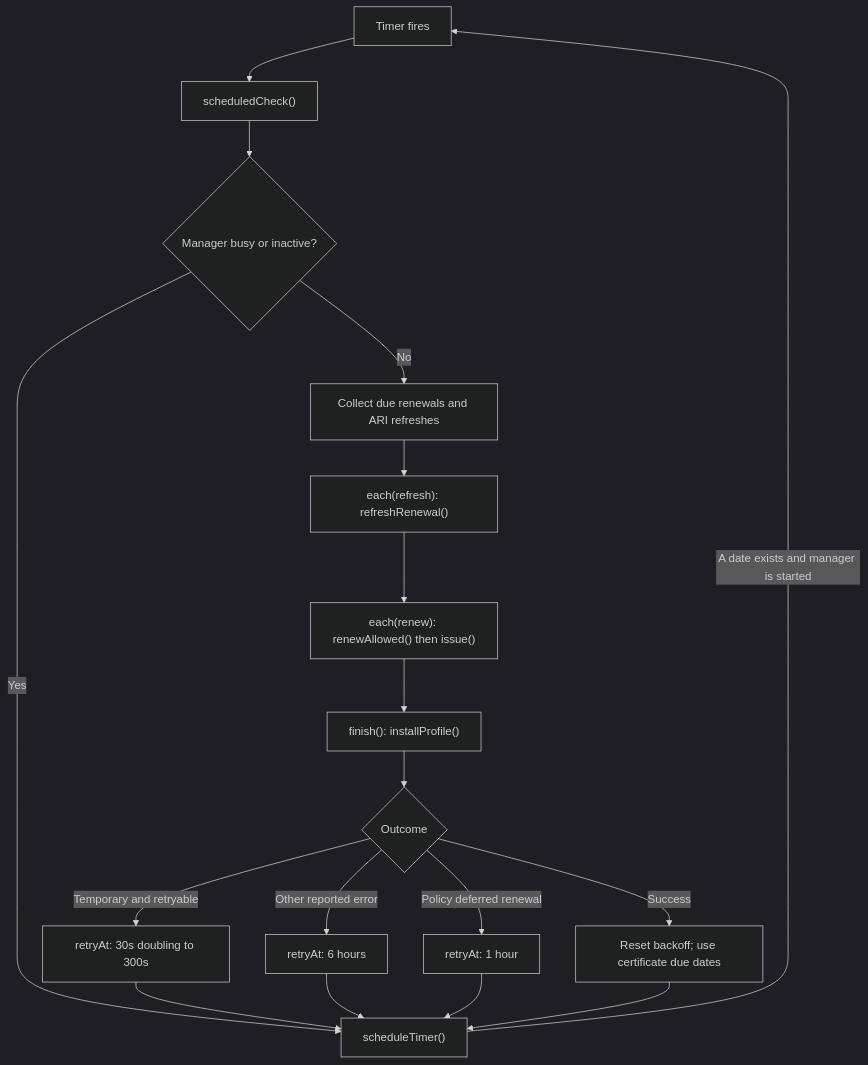
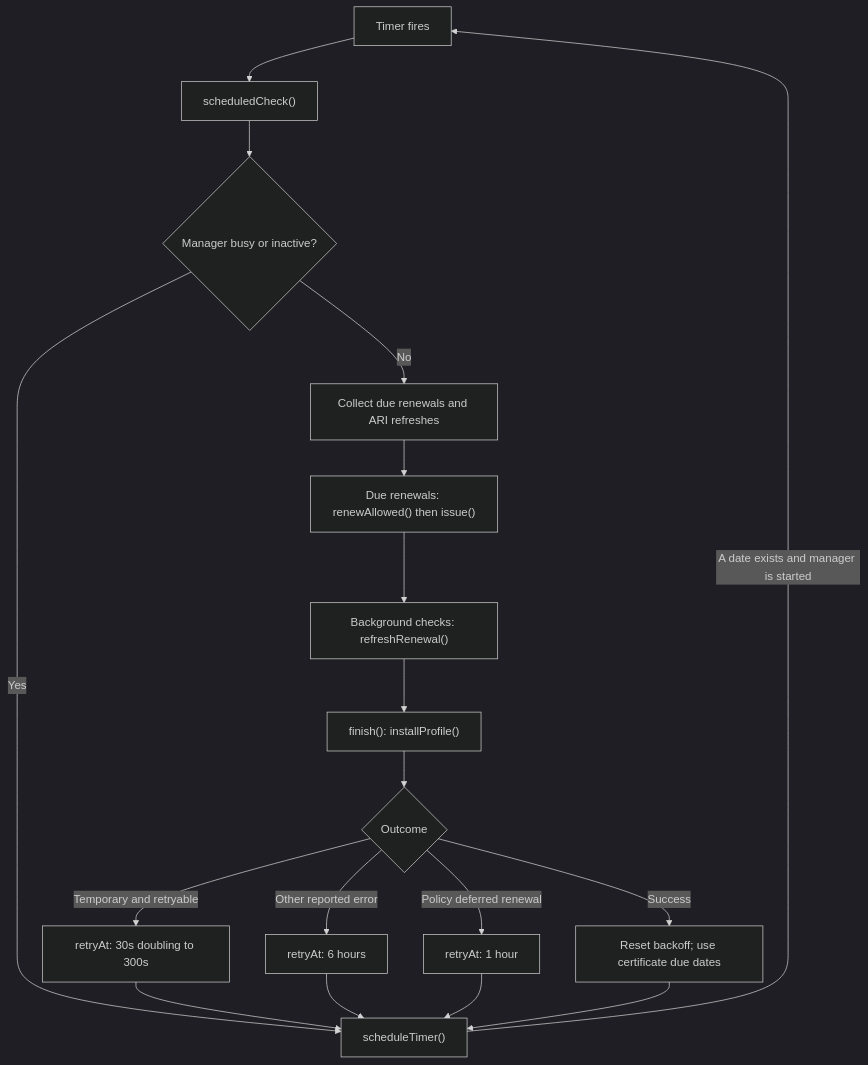
Before and after one commit to RealTimeLogic/BAS-Resources: the fourth of 4 diagrams in doc/acme-client-architecture.md, drawn with Mermaid (dark theme). The commit also changed other lines of this file and 1 other file, not shown here.

````diff
--- a/doc/acme-client-architecture.md
+++ b/doc/acme-client-architecture.md
@@ -164,20 +168,20 @@
 ```mermaid
 flowchart TD
     T["Timer fires"] --> C["scheduledCheck()"]
     C --> B{"Manager busy or inactive?"}
     B -->|Yes| S["scheduleTimer()"]
     B -->|No| D["Collect due renewals and ARI refreshes"]
-    D --> A["each(refresh): refreshRenewal()"]
-    A --> R["each(renew): renewAllowed() then issue()"]
-    R --> F["finish(): installProfile()"]
+    D --> R["Due renewals: renewAllowed() then issue()"]
+    R --> A["Background checks: refreshRenewal()"]
+    A --> F["finish(): installProfile()"]
     F --> E{"Outcome"}
     E -->|Temporary and retryable| X["retryAt: 30s doubling to 300s"]
     E -->|Other reported error| Y["retryAt: 6 hours"]
     E -->|Policy deferred renewal| Z["retryAt: 1 hour"]
     E -->|Success| N["Reset backoff; use certificate due dates"]
     X --> S
     Y --> S
     Z --> S
     N --> S
     S -->|A date exists and manager is started| T
 ```
````
